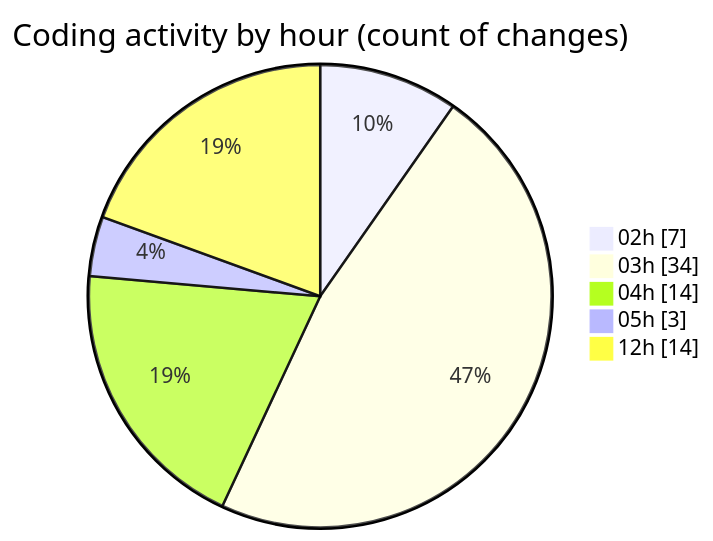
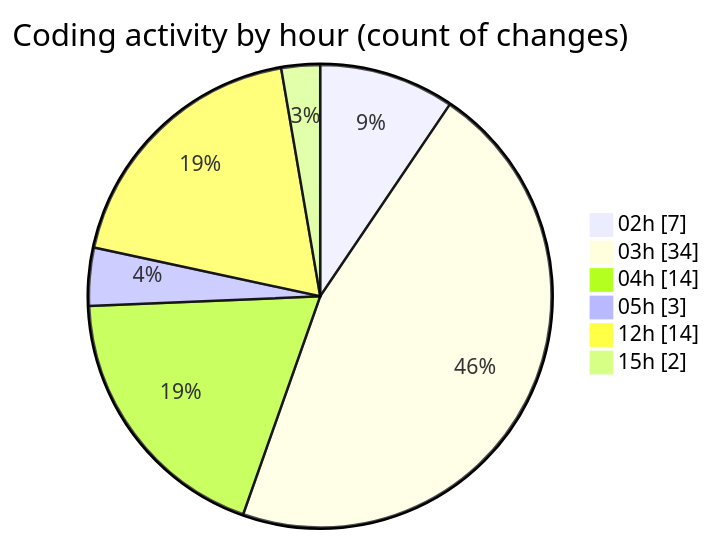
The second of 2 diagrams in 2025-05-29/kimberly-groups/README.md (JenPaints/code-tracking), drawn with Mermaid before and after one commit. The commit also changed other lines of this file and 1 other file, not shown here.

````diff
--- a/2025-05-29/kimberly-groups/README.md
+++ b/2025-05-29/kimberly-groups/README.md
@@ -37,9 +37,10 @@
 ```mermaid
 pie showData
 title Coding activity by hour (count of changes)
 "02h" : 7
 "03h" : 34
 "04h" : 14
 "05h" : 3
 "12h" : 14
+"15h" : 2
 ```
````
